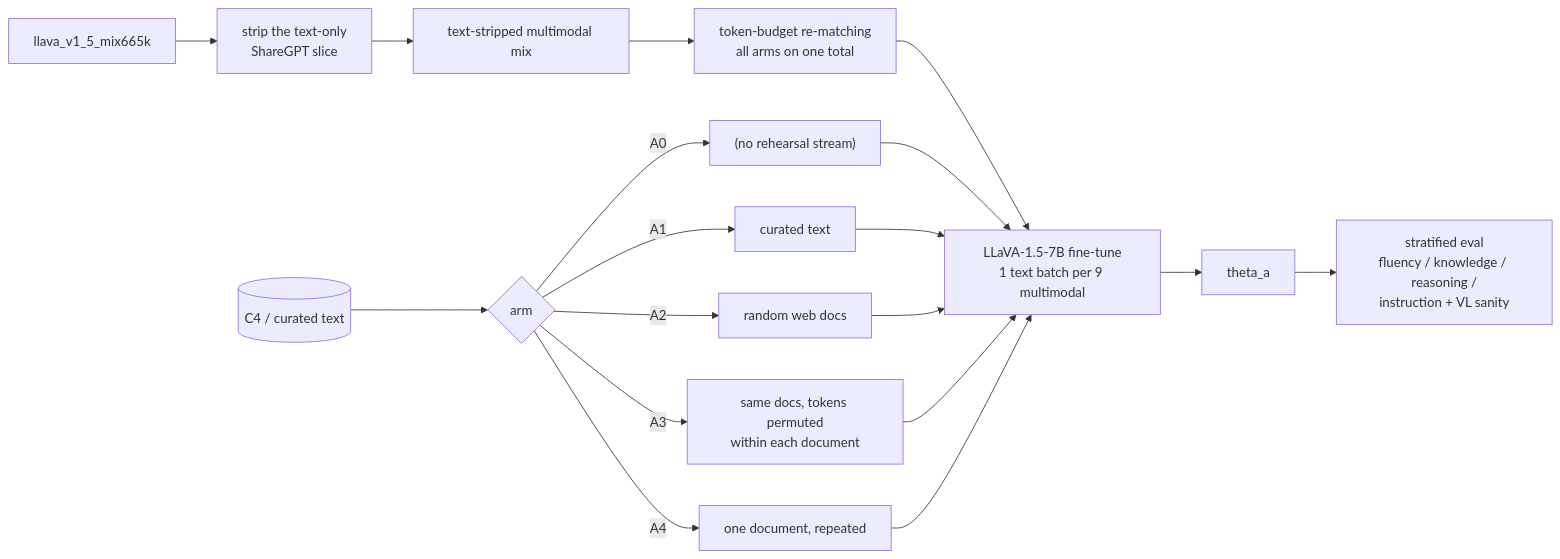
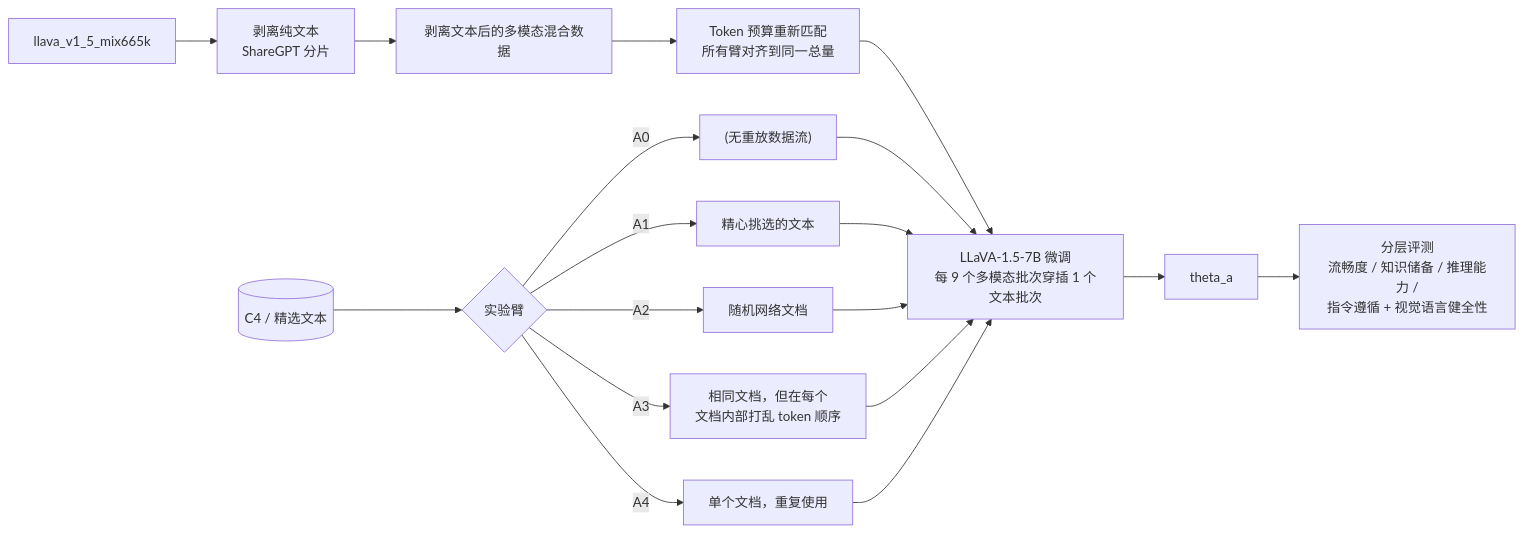
The first of 4 diagrams in Windows7/Idea_03/diagrams/architecture.md (songkang688/idea), drawn with Mermaid before and after one commit. The commit also changed other lines of this file and 74 other files, not shown here.

````diff
--- a/Windows7/Idea_03/diagrams/architecture.md
+++ b/Windows7/Idea_03/diagrams/architecture.md
@@ -10,22 +9,22 @@
 ```mermaid
 flowchart LR
-    MIX["llava_v1_5_mix665k"] --> STRIP["strip the text-only<br/>ShareGPT slice"]
-    STRIP --> BASE["text-stripped multimodal mix"]
-    BASE --> MATCH["token-budget re-matching<br/>all arms on one total"]
+    MIX["llava_v1_5_mix665k"] --> STRIP["剥离纯文本<br/>ShareGPT 分片"]
+    STRIP --> BASE["剥离文本后的多模态混合数据"]
+    BASE --> MATCH["Token 预算重新匹配<br/>所有臂对齐到同一总量"]
 
-    C4[("C4 / curated text")] --> ARM{"arm"}
-    ARM -->|A0| R0["(no rehearsal stream)"]
-    ARM -->|A1| R1["curated text"]
-    ARM -->|A2| R2["random web docs"]
-    ARM -->|A3| R3["same docs, tokens permuted<br/>within each document"]
-    ARM -->|A4| R4["one document, repeated"]
+    C4[("C4 / 精选文本")] --> ARM{"实验臂"}
+    ARM -->|A0| R0["(无重放数据流)"]
+    ARM -->|A1| R1["精心挑选的文本"]
+    ARM -->|A2| R2["随机网络文档"]
+    ARM -->|A3| R3["相同文档，但在每个<br/>文档内部打乱 token 顺序"]
+    ARM -->|A4| R4["单个文档，重复使用"]
 
-    MATCH --> TRAIN["LLaVA-1.5-7B fine-tune<br/>1 text batch per 9 multimodal"]
+    MATCH --> TRAIN["LLaVA-1.5-7B 微调<br/>每 9 个多模态批次穿插 1 个文本批次"]
     R0 --> TRAIN
     R1 --> TRAIN
     R2 --> TRAIN
     R3 --> TRAIN
     R4 --> TRAIN
 
-    TRAIN --> THETA["theta_a"] --> EVAL["stratified eval<br/>fluency / knowledge / reasoning /<br/>instruction + VL sanity"]
+    TRAIN --> THETA["theta_a"] --> EVAL["分层评测<br/>流畅度 / 知识储备 / 推理能力 /<br/>指令遵循 + 视觉语言健全性"]
 ```
````
